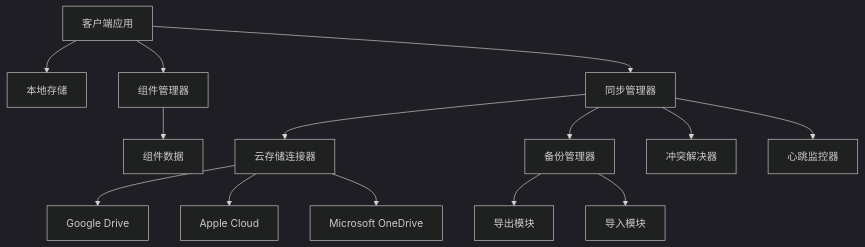
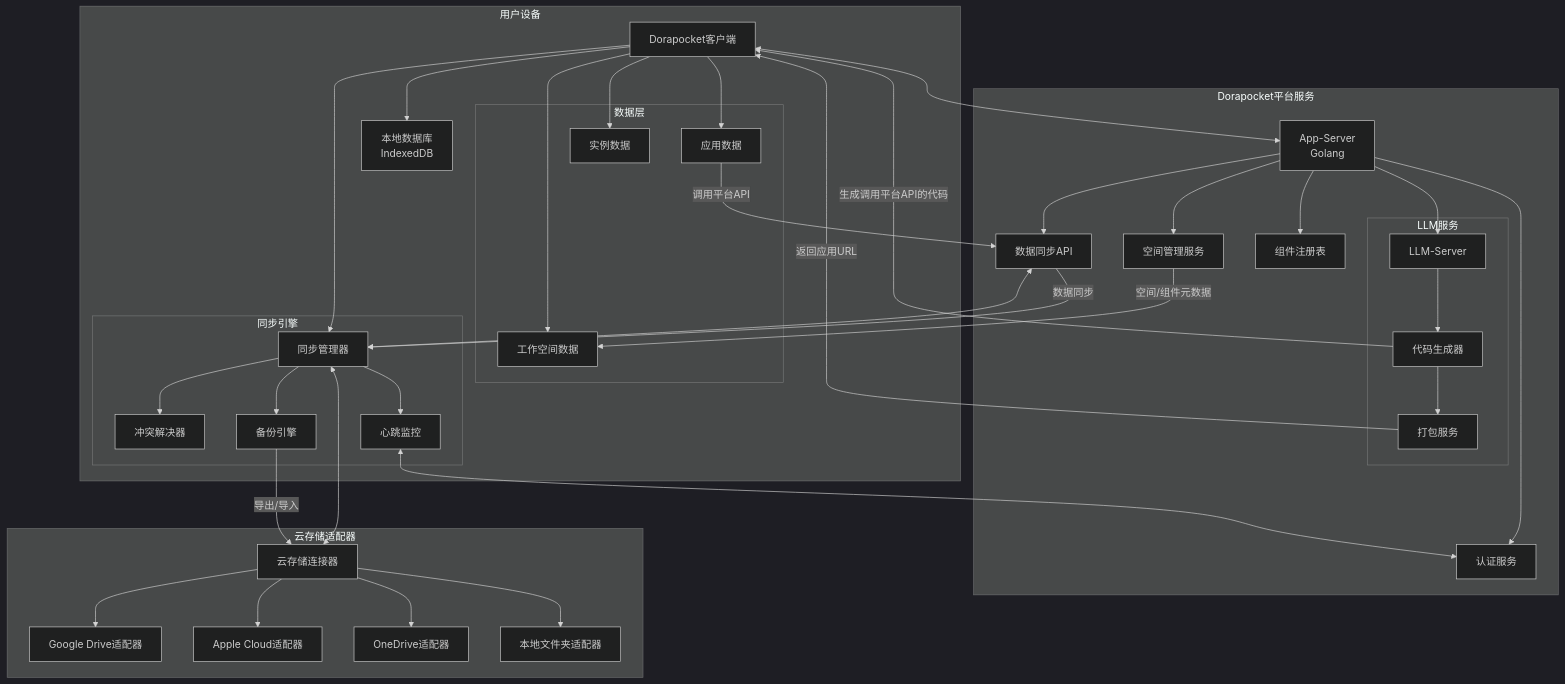
One commit to yingjianzh/iodraw-files changed the diagram in all/未命名-31.md. Above: the diagram before and after it, drawn with Mermaid (dark theme).

Commit message:
2025-04-16 17:48:53 update

````diff
--- a/all/未命名-31.md
+++ b/all/未命名-31.md
@@ -1,16 +1,85 @@
 ```mermaid
 graph TD
-    Client[客户端应用] --> LocalStore[本地存储]
-    Client --> ComponentManager[组件管理器]
-    ComponentManager --> ComponentData[组件数据]
-    Client --> SyncManager[同步管理器]
-    SyncManager --> CloudConnector[云存储连接器]
-    CloudConnector --> GoogleDrive[Google Drive]
-    CloudConnector --> AppleCloud[Apple Cloud]
-    CloudConnector --> OneDrive[Microsoft OneDrive]
-    SyncManager --> BackupManager[备份管理器]
-    BackupManager --> ExportModule[导出模块]
-    BackupManager --> ImportModule[导入模块]
-    SyncManager --> ConflictResolver[冲突解决器]
-    SyncManager --> HeartbeatMonitor[心跳监控器]
+    subgraph 用户设备
+        Client[Dorapocket客户端]
+        LocalDB[本地数据库<br/>IndexedDB]
+        
+        subgraph 数据层
+            WorkspaceData[工作空间数据]
+            AppData[应用数据]
+            InstanceData[实例数据]
+        end
+        
+        subgraph 同步引擎
+            SyncManager[同步管理器]
+            ConflictResolver[冲突解决器]
+            HeartbeatMonitor[心跳监控]
+            BackupEngine[备份引擎]
+        end
+    end
+    
+    subgraph Dorapocket平台服务
+        AppServer[App-Server<br/>Golang]
+        AuthService[认证服务]
+        WorkspaceService[空间管理服务]
+        ComponentRegistry[组件注册表]
+        DataSyncAPI[数据同步API]
+        
+        subgraph LLM服务
+            LLMServer[LLM-Server]
+            CodeGenerator[代码生成器]
+            PackageService[打包服务]
+        end
+    end
+    
+    subgraph 云存储适配器
+        CloudConnector[云存储连接器]
+        GoogleDriveAdapter[Google Drive适配器]
+        AppleCloudAdapter[Apple Cloud适配器]
+        OneDriveAdapter[OneDrive适配器]
+        LocalFolderAdapter[本地文件夹适配器]
+    end
+    
+    %% 用户设备内部连接
+    Client --> LocalDB
+    Client --> WorkspaceData
+    Client --> AppData
+    Client --> InstanceData
+    Client --> SyncManager
+    SyncManager --> ConflictResolver
+    SyncManager --> HeartbeatMonitor
+    SyncManager --> BackupEngine
+    
+    %% 平台服务内部连接
+    AppServer --> AuthService
+    AppServer --> WorkspaceService
+    AppServer --> ComponentRegistry
+    AppServer --> DataSyncAPI
+    AppServer --> LLMServer
+    LLMServer --> CodeGenerator
+    CodeGenerator --> PackageService
+    
+    %% 设备与平台连接
+    Client <--> AppServer
+    SyncManager <--> DataSyncAPI
+    HeartbeatMonitor <--> AuthService
+    
+    %% 设备与云存储连接
+    SyncManager <--> CloudConnector
+    CloudConnector --> GoogleDriveAdapter
+    CloudConnector --> AppleCloudAdapter
+    CloudConnector --> OneDriveAdapter
+    CloudConnector --> LocalFolderAdapter
+    
+    %% 组件与平台API连接
+    AppData -- "调用平台API" --> DataSyncAPI
+    
+    %% 数据流向
+    CodeGenerator -- "生成调用平台API的代码" --> Client
+    PackageService -- "返回应用URL" --> Client
+    BackupEngine -- "导出/导入" --> CloudConnector
+    
+    %% 数据同步流
+    DataSyncAPI -- "数据同步" --> SyncManager
+    WorkspaceService -- "空间/组件元数据" --> WorkspaceData
 ```
````
